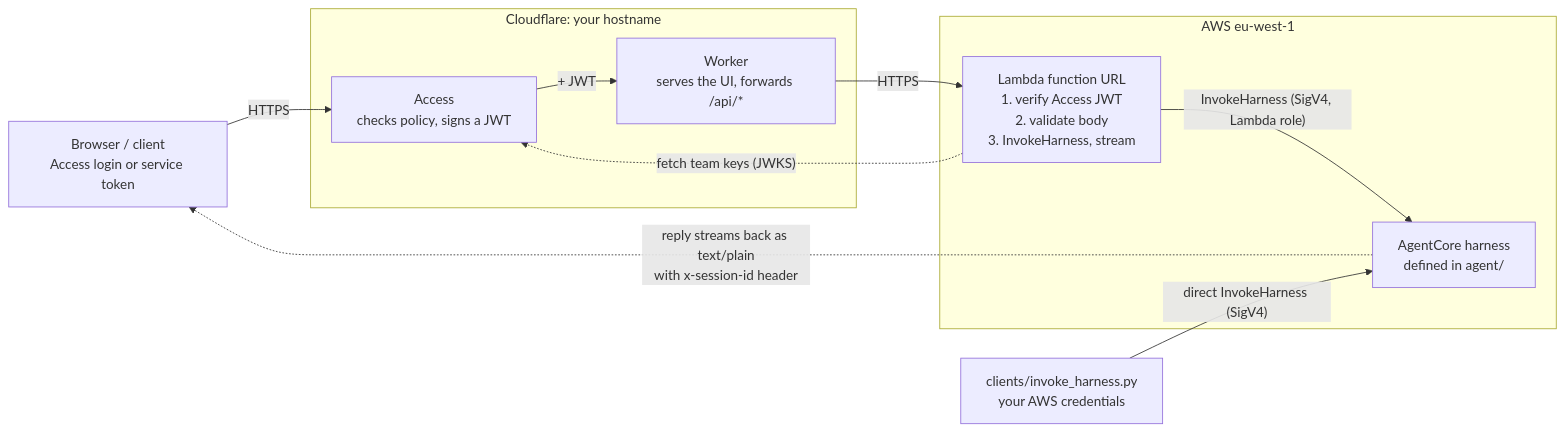
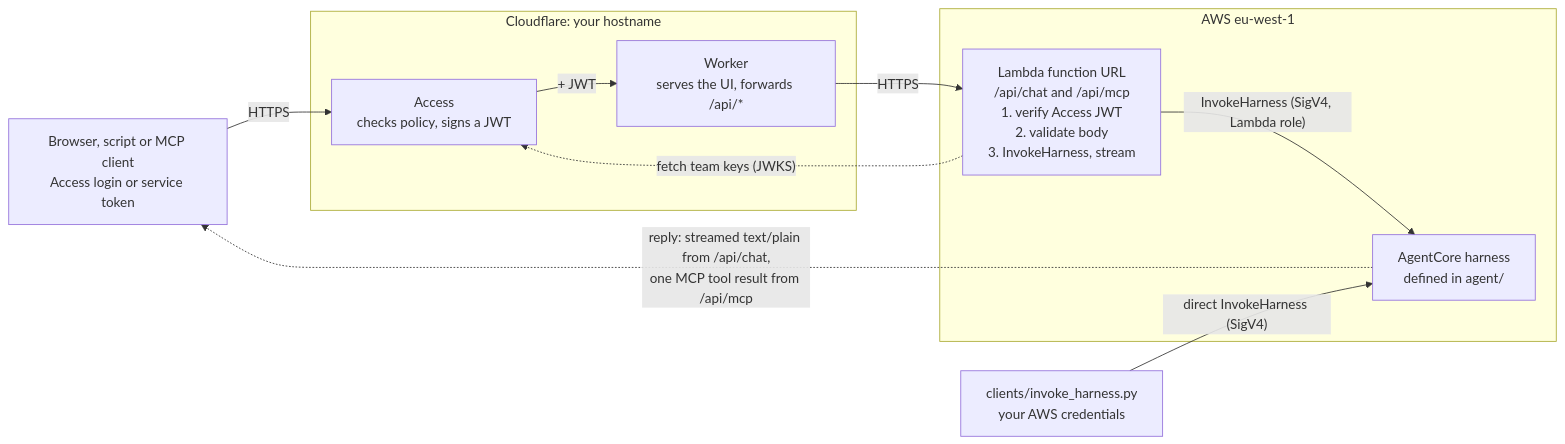
The diagram in README.md (fredrikp999/agentcore-harness-proxy), drawn with Mermaid before and after one commit. The commit also changed other lines of this file and 8 other files, not shown here.

First line of the commit message:
Expose the agent as an MCP server at /api/mcp

````diff
--- a/README.md
+++ b/README.md
@@ -47,23 +49,23 @@
 ```mermaid
 flowchart LR
-  client["Browser / client<br/>Access login or service token"]
+  client["Browser, script or MCP client<br/>Access login or service token"]
 
   subgraph cf["Cloudflare: your hostname"]
     access["Access<br/>checks policy, signs a JWT"]
     origin["Worker<br/>serves the UI, forwards /api/*"]
   end
 
   subgraph aws["AWS eu-west-1"]
-    lambda["Lambda function URL<br/>1. verify Access JWT<br/>2. validate body<br/>3. InvokeHarness, stream"]
+    lambda["Lambda function URL<br/>/api/chat and /api/mcp<br/>1. verify Access JWT<br/>2. validate body<br/>3. InvokeHarness, stream"]
     harness["AgentCore harness<br/>defined in agent/"]
   end
 
   client -->|"HTTPS"| access
   access -->|"+ JWT"| origin
   origin -->|"HTTPS"| lambda
   lambda -->|"InvokeHarness (SigV4, Lambda role)"| harness
   lambda -.->|"fetch team keys (JWKS)"| access
-  harness -.->|"reply streams back as text/plain<br/>with x-session-id header"| client
+  harness -.->|"reply: streamed text/plain from /api/chat,<br/>one MCP tool result from /api/mcp"| client
 
   script["clients/invoke_harness.py<br/>your AWS credentials"] -->|"direct InvokeHarness (SigV4)"| harness
 ```
````
